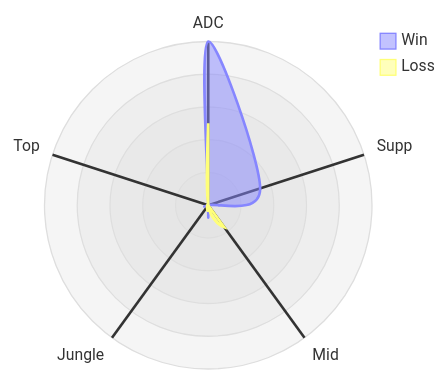
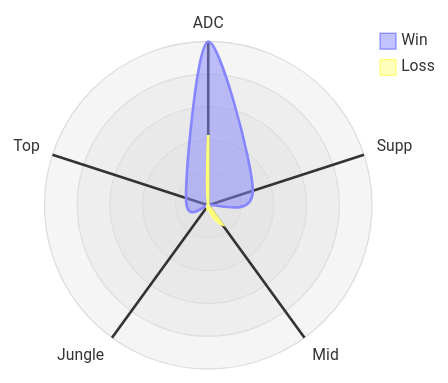
Before and after one commit to flowinho/zensical-website: the fourth of 5 diagrams in docs/gaming/wild-rift.md, drawn with Mermaid. The commit also changed other lines of this file, not shown here.

````diff
--- a/docs/gaming/wild-rift.md
+++ b/docs/gaming/wild-rift.md
@@ -101,15 +103,15 @@
 ```mermaid
 ---
 config:
   radar:
     width: 250
     height: 250
 ---
 radar-beta
   axis a["ADC"], s["Supp"], m["Mid"], j["Jungle"], t["Top"]
-  curve w["Win"]{7, 2, 0, 0, 0}
+  curve w["Win"]{7, 2, 0, 0, 1}
   curve l["Loss"]{3, 0, 1, 0, 0}
 
-  max 6
+  max 7
   min 0
 ```
````
